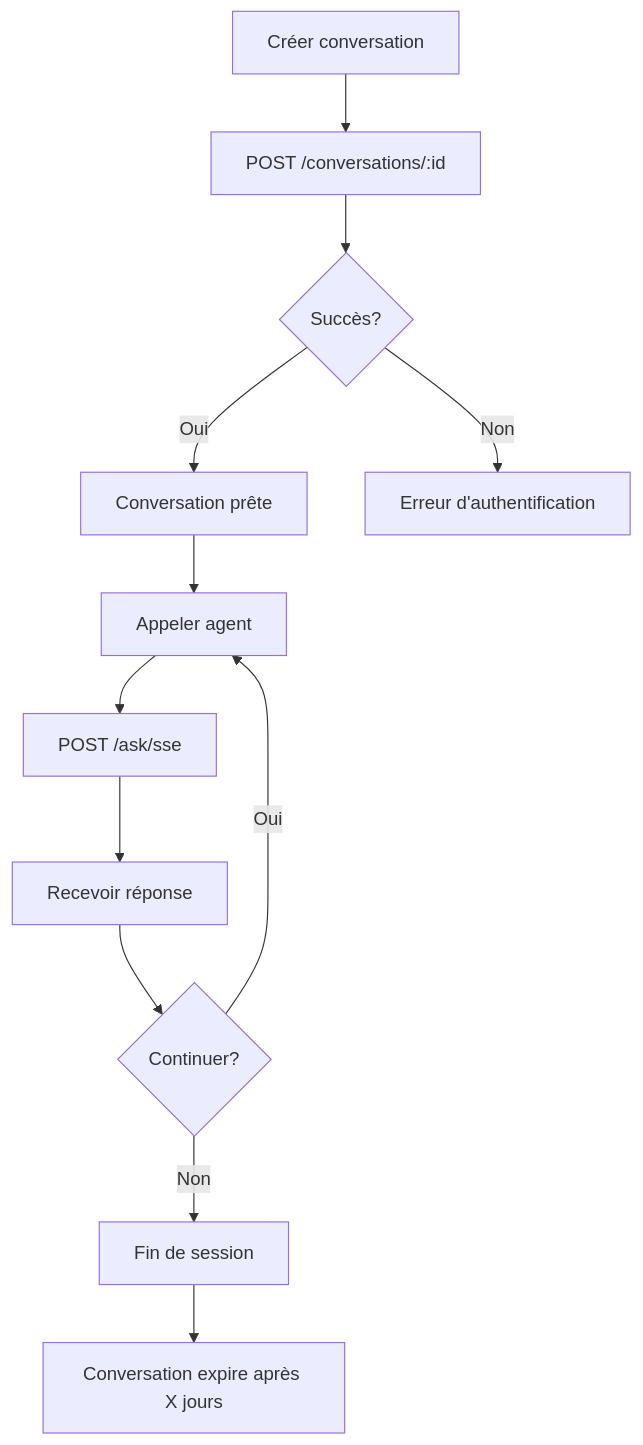
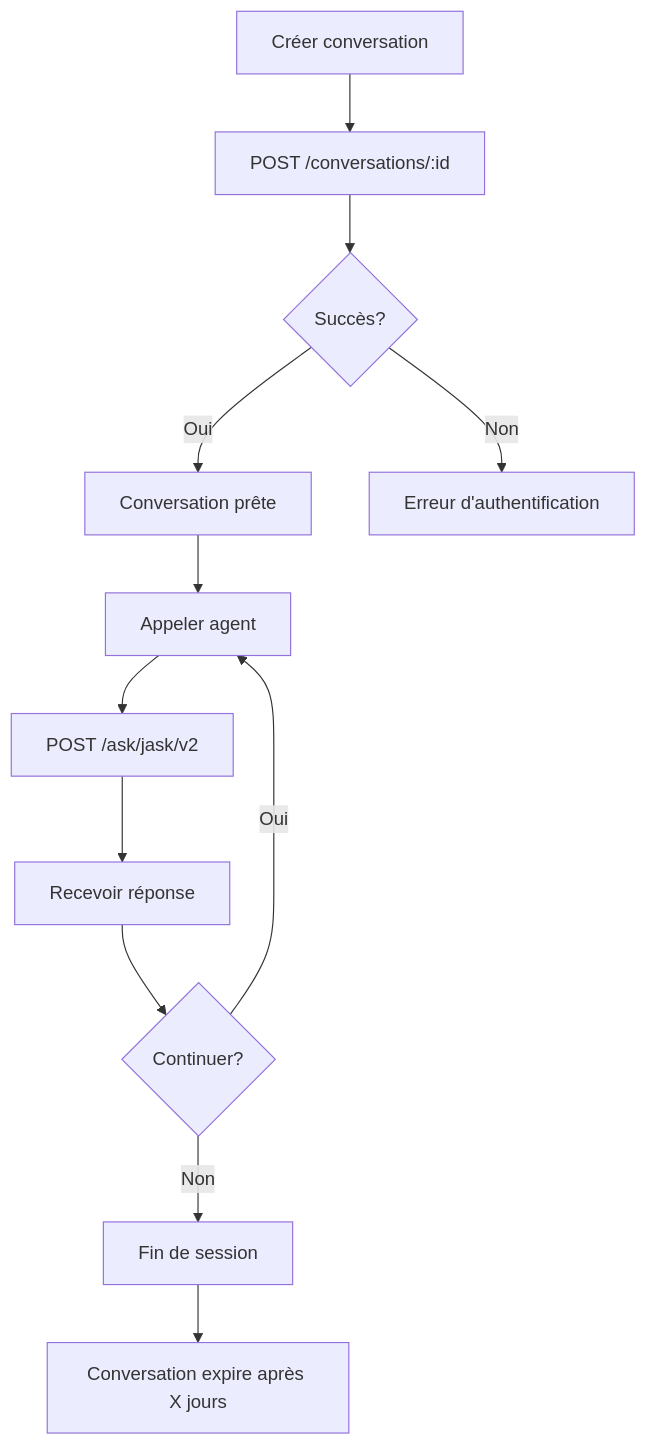
Before and after one commit to Auria-Software/jask-docs-mintlify: the diagram in content/api/conversations/post.mdx, drawn with Mermaid. The commit also changed other lines of this file and 9 other files, not shown here.

````diff
--- a/content/api/conversations/post.mdx
+++ b/content/api/conversations/post.mdx
@@ -146,14 +149,14 @@
 ```mermaid
 graph TD
     A[Créer conversation] --> B[POST /conversations/:id]
     B --> C{Succès?}
     C -->|Oui| D[Conversation prête]
     C -->|Non| E[Erreur d'authentification]
     D --> F[Appeler agent]
-    F --> G[POST /ask/sse]
+    F --> G[POST /ask/jask/v2]
     G --> H[Recevoir réponse]
     H --> I{Continuer?}
     I -->|Oui| F
     I -->|Non| J[Fin de session]
     J --> K[Conversation expire après X jours]
 ```
````
